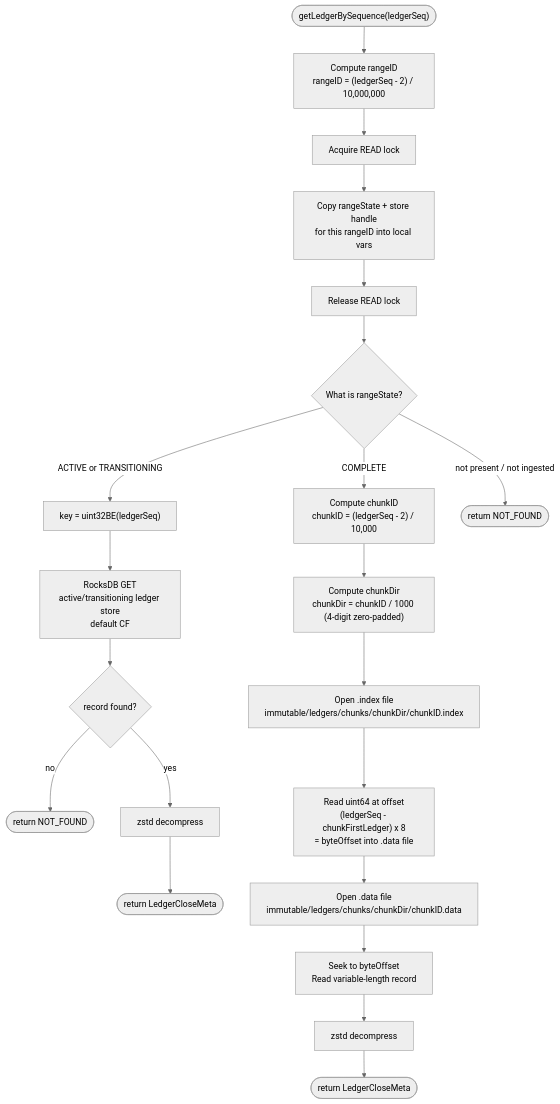
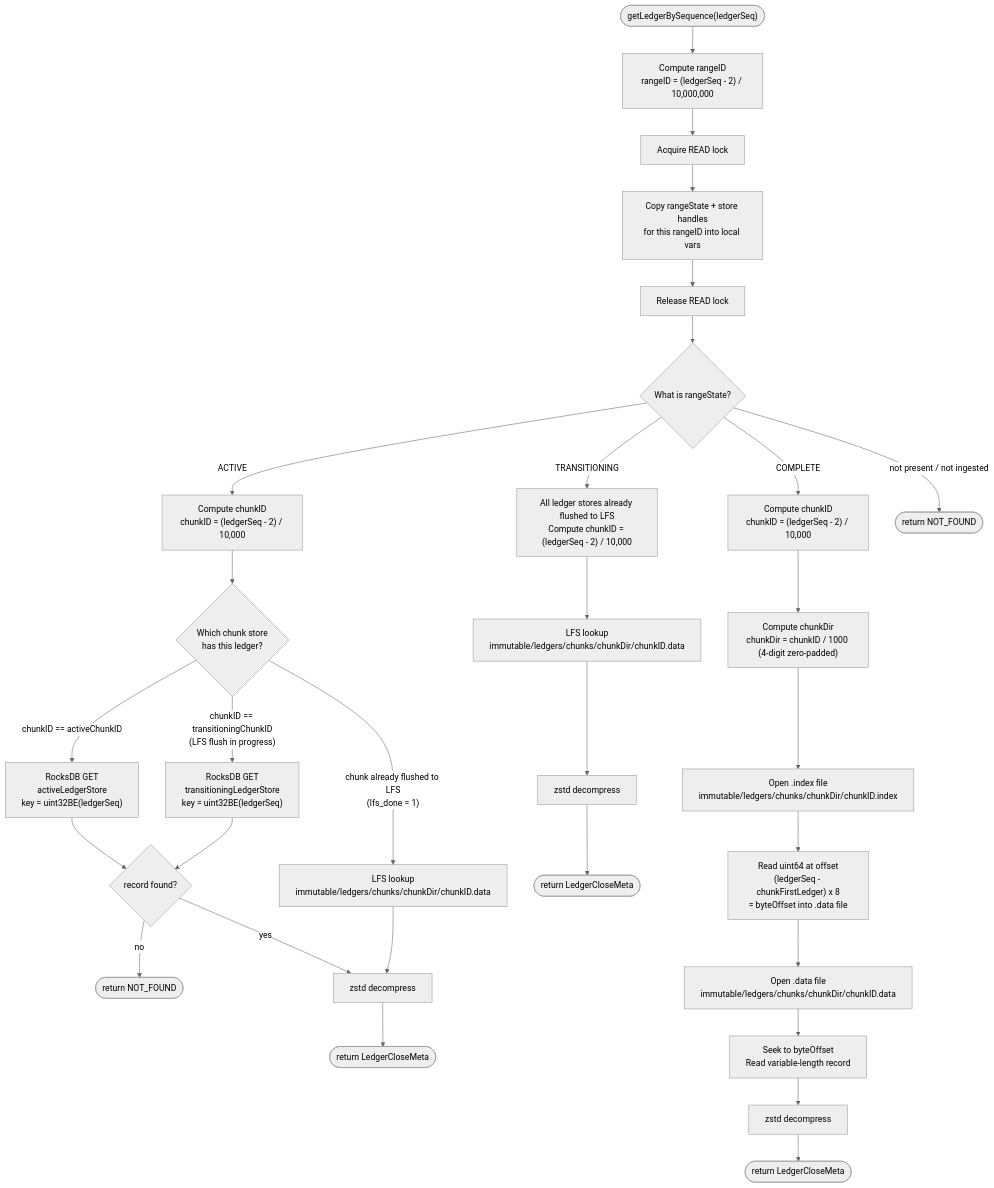
One commit to karthikiyer56/stellar-full-history-ingestion changed the third of 7 diagrams in design-docs-v2/08-query-routing.md. Above: the diagram before and after it, drawn with Mermaid (neutral theme). The commit also changed other lines of this file and 14 other files, not shown here.

First line of the commit message:
docs: fix streaming model — independent sub-flow transitions at chunk/range cadence

````diff
--- a/design-docs-v2/08-query-routing.md
+++ b/design-docs-v2/08-query-routing.md
@@ -466,27 +513,37 @@
 ```mermaid
 flowchart TD
     IN(["getLedgerBySequence(ledgerSeq)"])
     IN --> RANGE["Compute rangeID<br/>rangeID = (ledgerSeq - 2) / 10,000,000"]
     RANGE --> RLOCK["Acquire READ lock"]
-    RLOCK --> SNAP["Copy rangeState + store handle<br/>for this rangeID into local vars"]
+    RLOCK --> SNAP["Copy rangeState + store handles<br/>for this rangeID into local vars"]
     SNAP --> RUNLOCK["Release READ lock"]
     RUNLOCK --> SW{"What is rangeState?"}
 
-    SW -->|"ACTIVE or TRANSITIONING"| KEY["key = uint32BE(ledgerSeq)"]
-    KEY --> RDB["RocksDB GET<br/>active/transitioning ledger store<br/>default CF"]
-    RDB --> FOUND1{"record found?"}
+    SW -->|"ACTIVE"| ACHK["Compute chunkID<br/>chunkID = (ledgerSeq - 2) / 10,000"]
+    ACHK --> AWHICH{"Which chunk store<br/>has this ledger?"}
+    AWHICH -->|"chunkID == activeChunkID"| ARDB["RocksDB GET<br/>activeLedgerStore<br/>key = uint32BE(ledgerSeq)"]
+    AWHICH -->|"chunkID == transitioningChunkID<br/>(LFS flush in progress)"| TRDB["RocksDB GET<br/>transitioningLedgerStore<br/>key = uint32BE(ledgerSeq)"]
+    AWHICH -->|"chunk already flushed to LFS<br/>(lfs_done = 1)"| ALFS["LFS lookup<br/>immutable/ledgers/chunks/chunkDir/chunkID.data"]
+    ARDB --> FOUND1{"record found?"}
+    TRDB --> FOUND1
     FOUND1 -->|no| NF1(["return NOT_FOUND"])
     FOUND1 -->|yes| DEC1["zstd decompress"]
     DEC1 --> RET1(["return LedgerCloseMeta"])
+    ALFS --> DEC1
+
+    SW -->|"TRANSITIONING"| TLFS["All ledger stores already flushed to LFS<br/>Compute chunkID = (ledgerSeq - 2) / 10,000"]
+    TLFS --> CID2["LFS lookup<br/>immutable/ledgers/chunks/chunkDir/chunkID.data"]
+    CID2 --> DEC2["zstd decompress"]
+    DEC2 --> RET2(["return LedgerCloseMeta"])
 
     SW -->|"COMPLETE"| CID["Compute chunkID<br/>chunkID = (ledgerSeq - 2) / 10,000"]
     CID --> CDIR["Compute chunkDir<br/>chunkDir = chunkID / 1000 (4-digit zero-padded)"]
     CDIR --> IDX["Open .index file<br/>immutable/ledgers/chunks/chunkDir/chunkID.index"]
     IDX --> OFF["Read uint64 at offset<br/>(ledgerSeq - chunkFirstLedger) x 8<br/>= byteOffset into .data file"]
     OFF --> DAT["Open .data file<br/>immutable/ledgers/chunks/chunkDir/chunkID.data"]
     DAT --> SEEK["Seek to byteOffset<br/>Read variable-length record"]
-    SEEK --> DEC2["zstd decompress"]
-    DEC2 --> RET2(["return LedgerCloseMeta"])
+    SEEK --> DEC3["zstd decompress"]
+    DEC3 --> RET3(["return LedgerCloseMeta"])
 
     SW -->|"not present / not ingested"| NF2(["return NOT_FOUND"])
 ```
````
